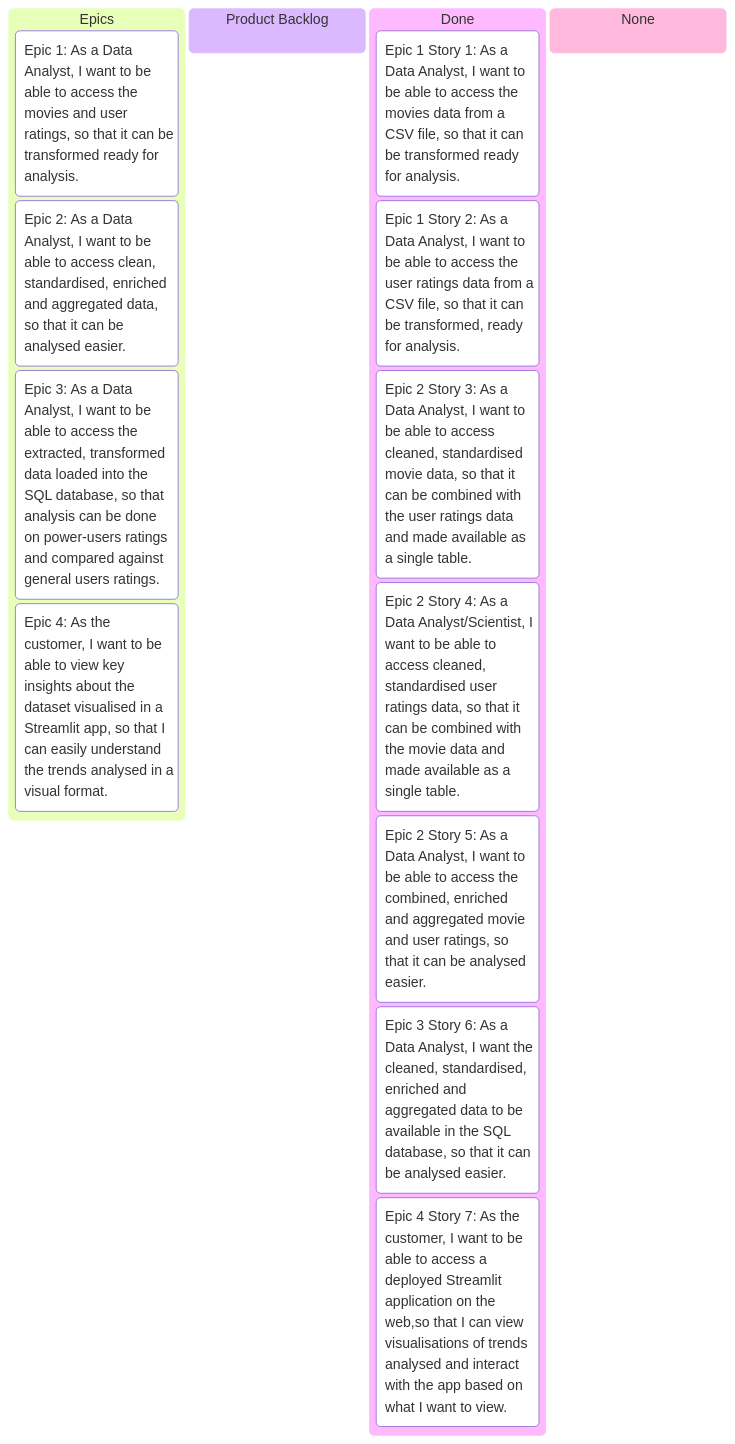
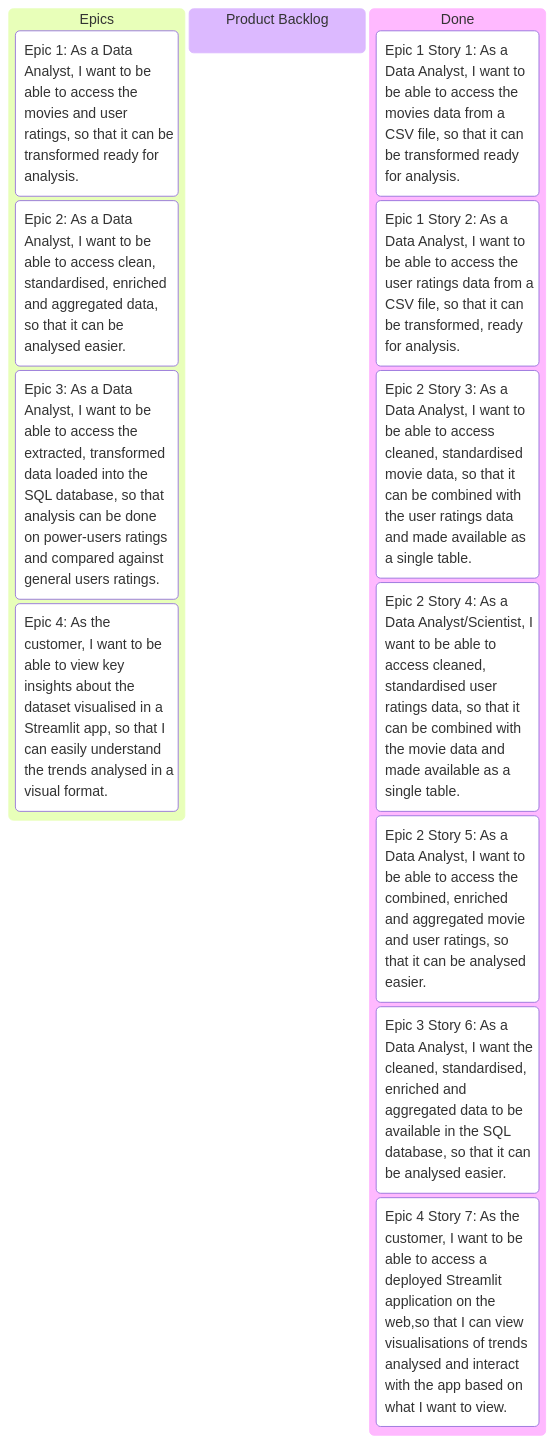
Before and after one commit to budaejji/Letterboxd-Capstone: the diagram in README.md, drawn with Mermaid.

Commit message:
fixed kanban

````diff
--- a/README.md
+++ b/README.md
@@ -275,18 +275,17 @@
 ```mermaid
 kanban
     Epics
         (Epic 1: As a Data Analyst, I want to be able to access the movies and user ratings, so that it can be transformed ready for analysis.)
         (Epic 2: As a Data Analyst, I want to be able to access clean, standardised, enriched and aggregated data, so that it can be analysed easier.)
         (Epic 3: As a Data Analyst, I want to be able to access the extracted, transformed data loaded into the SQL database, so that analysis can be done on power-users ratings and compared against general users ratings.)
         (Epic 4: As the customer, I want to be able to view key insights about the dataset visualised in a Streamlit app, so that I can easily understand the trends analysed in a visual format.)
     Product Backlog
     Done
         (Epic 1 Story 1: As a Data Analyst, I want to be able to access the movies data from a CSV file, so that it can be transformed ready for analysis.)
         (Epic 1 Story 2: As a Data Analyst, I want to be able to access the user ratings data from a CSV file, so that it can be transformed, ready for analysis.)
         (Epic 2 Story 3: As a Data Analyst, I want to be able to access cleaned, standardised movie data, so that it can be combined with the user ratings data and made available as a single table.)
         (Epic 2 Story 4: As a Data Analyst/Scientist, I want to be able to access cleaned, standardised user ratings data, so that it can be combined with the movie data and made available as a single table.)
         (Epic 2 Story 5: As a Data Analyst, I want to be able to access the combined, enriched and aggregated movie and user ratings, so that it can be analysed easier.)
         (Epic 3 Story 6: As a Data Analyst, I want the cleaned, standardised, enriched and aggregated data to be available in the SQL database, so that it can be analysed easier.)
         (Epic 4 Story 7: As the customer, I want to be able to access a deployed Streamlit application on the web,so that I can view visualisations of trends analysed and interact with the app based on what I want to view.)
-    None
 ```
````
